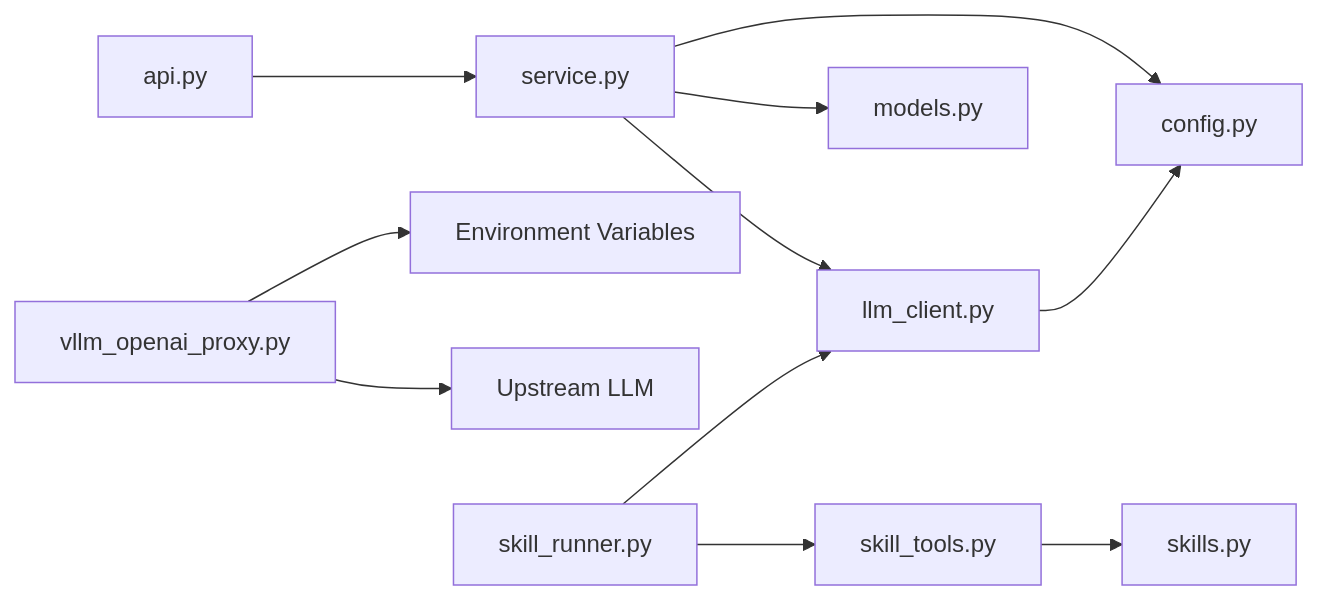
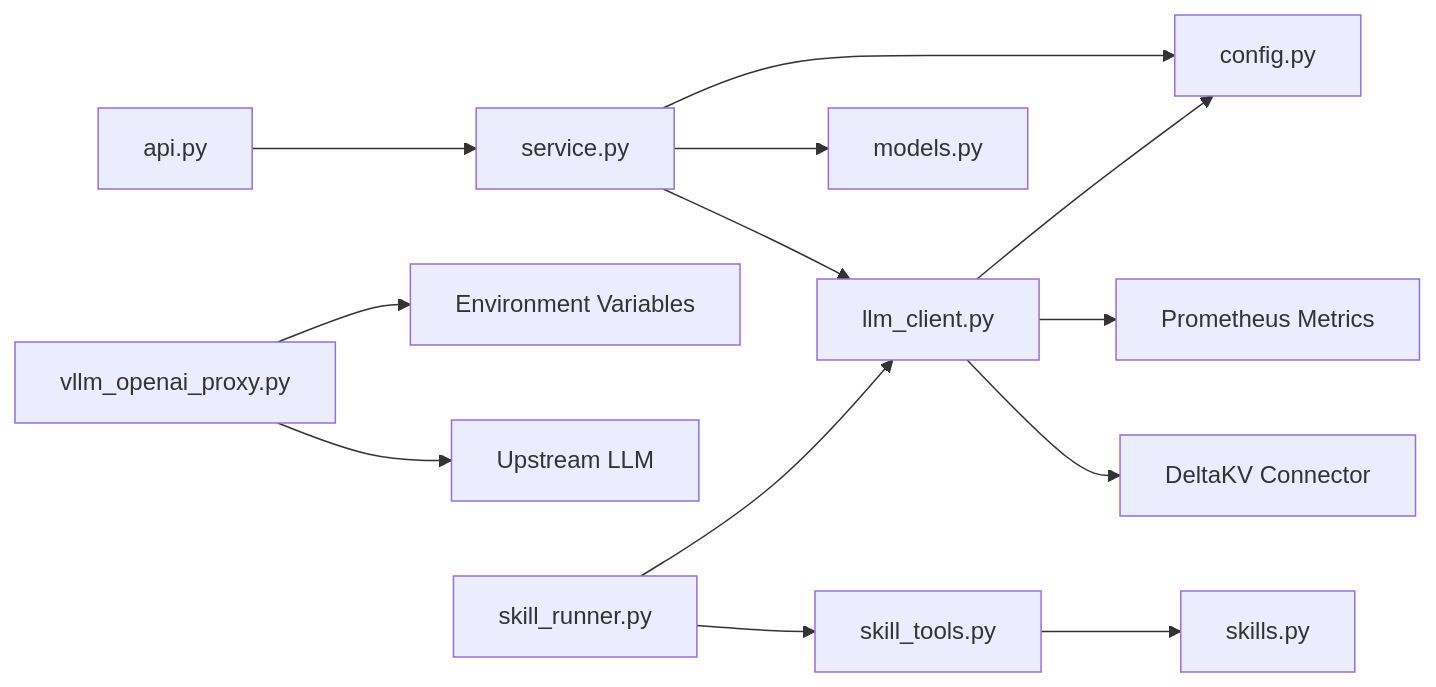
Before and after one commit to intellistream/sage-mate: the tenth of 11 diagrams in .qoder/repowiki/en/content/Integration and Extensions/LLM Client Architecture.md, drawn with Mermaid. The commit also changed other lines of this file and 115 other files, not shown here.

````diff
--- a/.qoder/repowiki/en/content/Integration and Extensions/LLM Client Architecture.md
+++ b/.qoder/repowiki/en/content/Integration and Extensions/LLM Client Architecture.md
@@ -549,13 +680,15 @@
 ```mermaid
 graph LR
 API["api.py"] --> Service["service.py"]
 Service --> LLM["llm_client.py"]
 Service --> Config["config.py"]
 Service --> Models["models.py"]
 LLM --> Config
 Proxy["vllm_openai_proxy.py"] --> Env["Environment Variables"]
 Proxy --> Upstream["Upstream LLM"]
 SkillRunner["skill_runner.py"] --> LLM
 SkillRunner --> SkillTools["skill_tools.py"]
 SkillTools --> Skills["skills.py"]
+LLM --> Prometheus["Prometheus Metrics"]
+LLM --> DeltaKV["DeltaKV Connector"]
 ```
````
